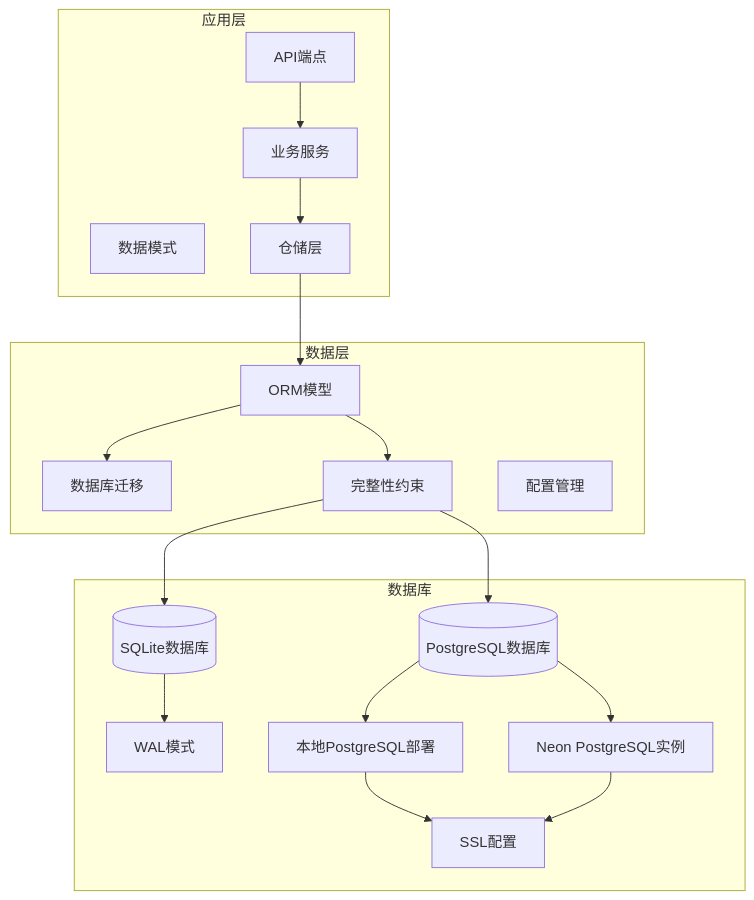
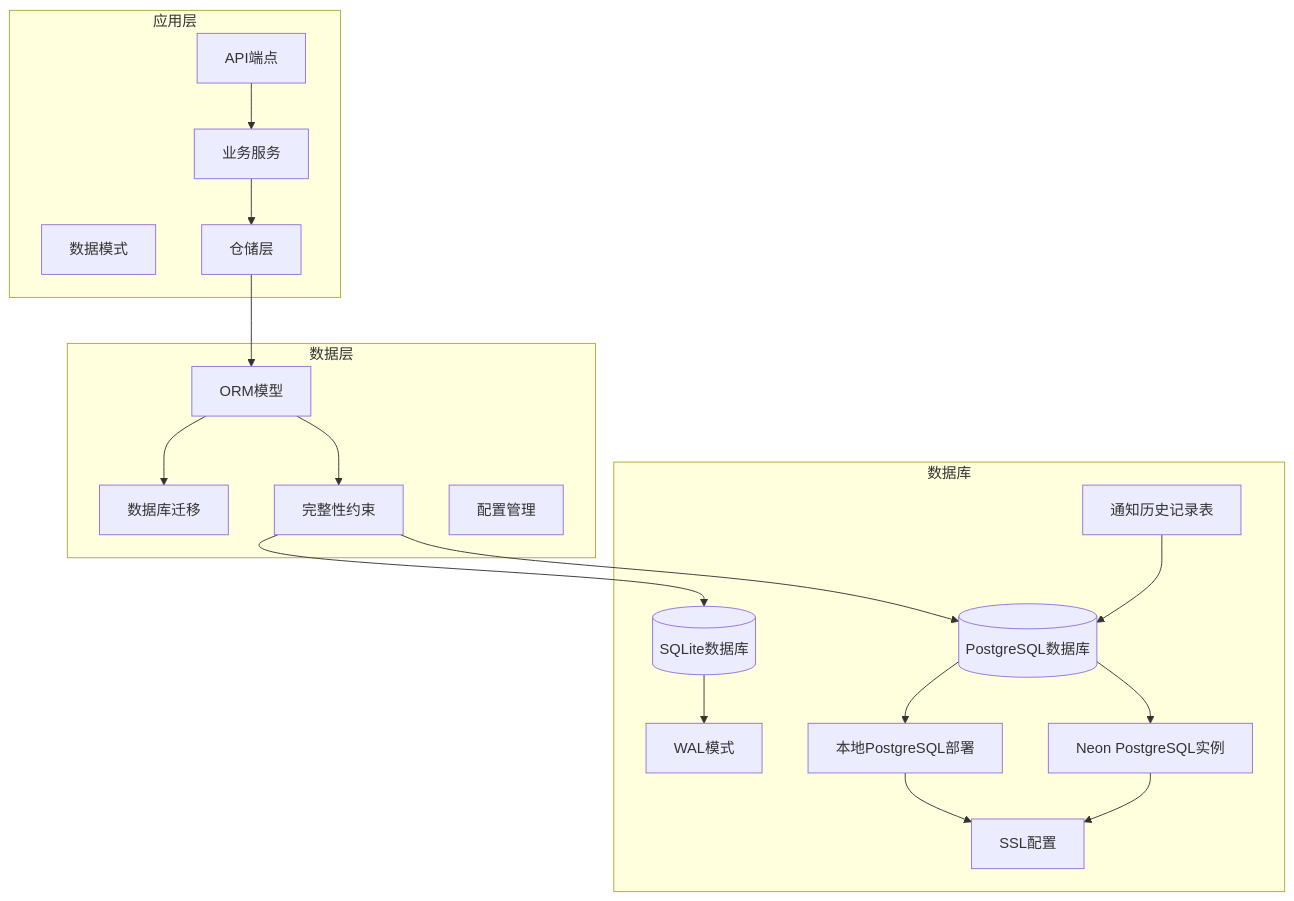
One commit to breeze-lyf/ai-stock-advisor changed the first of 18 diagrams in .qoder/repowiki/zh/content/数据库设计/数据库模式增强.md. Above: the diagram before and after it, drawn with Mermaid. The commit also changed other lines of this file and 122 other files, not shown here.

````diff
--- a/.qoder/repowiki/zh/content/数据库设计/数据库模式增强.md
+++ b/.qoder/repowiki/zh/content/数据库设计/数据库模式增强.md
@@ -86,35 +94,37 @@
 ```mermaid
 graph TB
 subgraph "应用层"
 API[API端点]
 Services[业务服务]
 Schemas[数据模式]
 Repositories[仓储层]
 end
 subgraph "数据层"
 Models[ORM模型]
 Migrations[数据库迁移]
 Constraints[完整性约束]
 Config[配置管理]
 end
 subgraph "数据库"
 SQLite[(SQLite数据库)]
 WAL[WAL模式]
 PostgreSQL[(PostgreSQL数据库)]
 Neon[Neon PostgreSQL实例]
 Local[本地PostgreSQL部署]
 SSL[SSL配置]
+NotificationLogs[通知历史记录表]
 end
 API --> Services
 Services --> Repositories
 Repositories --> Models
 Models --> Migrations
 Models --> Constraints
 Constraints --> SQLite
 Constraints --> PostgreSQL
 PostgreSQL --> Neon
 PostgreSQL --> Local
 Local --> SSL
 Neon --> SSL
+NotificationLogs --> PostgreSQL
 SQLite --> WAL
 ```
````
